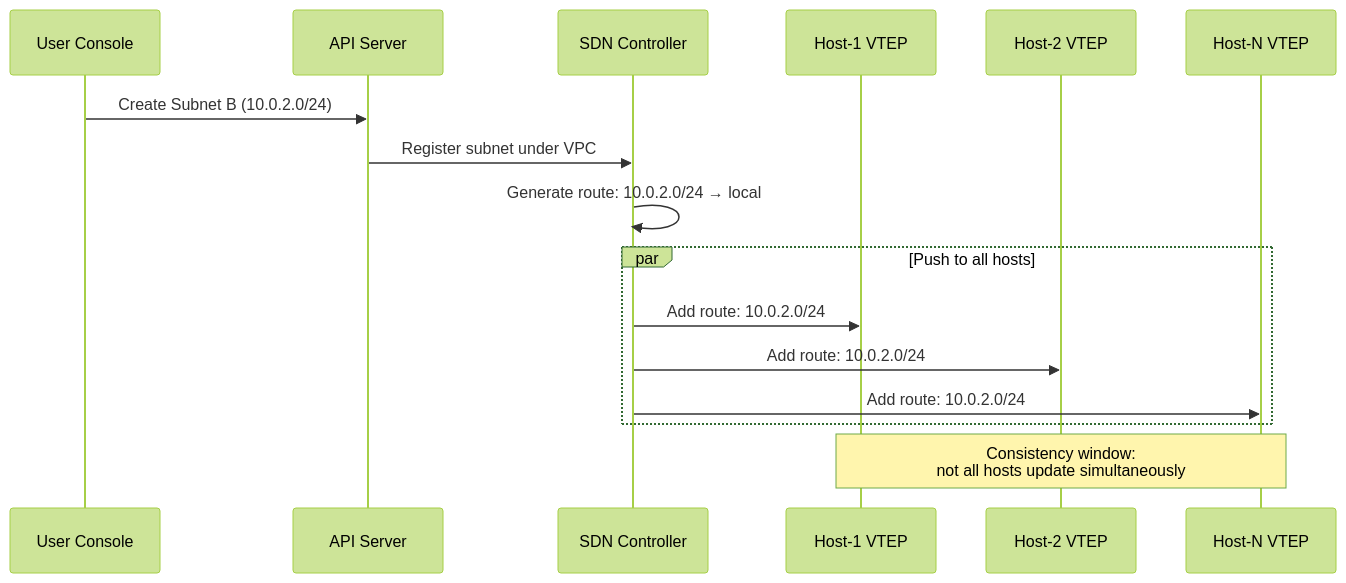
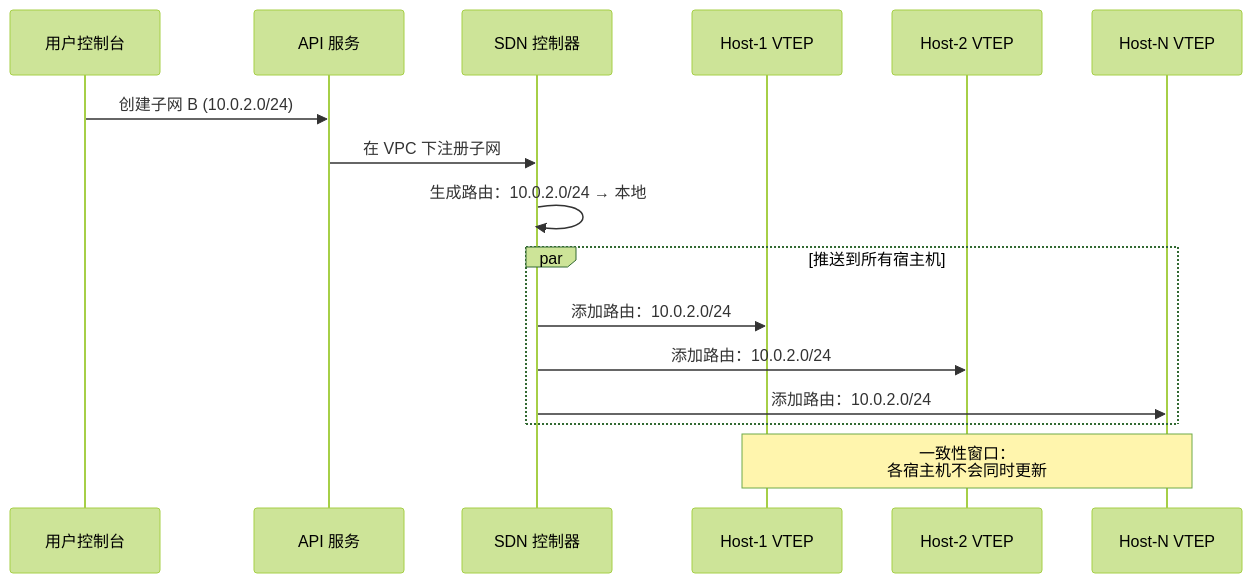
The third of 6 diagrams in docs/09.跨子网通信分布式网关与三层路由.md (caozhiyi/network-book), drawn with Mermaid (forest theme) before and after one commit. The commit also changed other lines of this file and 77 other files, not shown here.

````diff
--- a/docs/09.跨子网通信分布式网关与三层路由.md
+++ b/docs/09.跨子网通信分布式网关与三层路由.md
@@ -128,21 +124,21 @@
 ```mermaid
 sequenceDiagram
-    participant User as User Console
-    participant API as API Server
-    participant SDN as SDN Controller
+    participant User as 用户控制台
+    participant API as API 服务
+    participant SDN as SDN 控制器
     participant H1 as Host-1 VTEP
     participant H2 as Host-2 VTEP
     participant HN as Host-N VTEP
 
-    User->>API: Create Subnet B (10.0.2.0/24)
-    API->>SDN: Register subnet under VPC
-    SDN->>SDN: Generate route: 10.0.2.0/24 → local
+    User->>API: 创建子网 B (10.0.2.0/24)
+    API->>SDN: 在 VPC 下注册子网
+    SDN->>SDN: 生成路由：10.0.2.0/24 → 本地
 
-    par Push to all hosts
-        SDN->>H1: Add route: 10.0.2.0/24
-        SDN->>H2: Add route: 10.0.2.0/24
-        SDN->>HN: Add route: 10.0.2.0/24
+    par 推送到所有宿主机
+        SDN->>H1: 添加路由：10.0.2.0/24
+        SDN->>H2: 添加路由：10.0.2.0/24
+        SDN->>HN: 添加路由：10.0.2.0/24
     end
 
-    Note over H1,HN: Consistency window:<br/>not all hosts update simultaneously
+    Note over H1,HN: 一致性窗口：<br/>各宿主机不会同时更新
 ```
````
